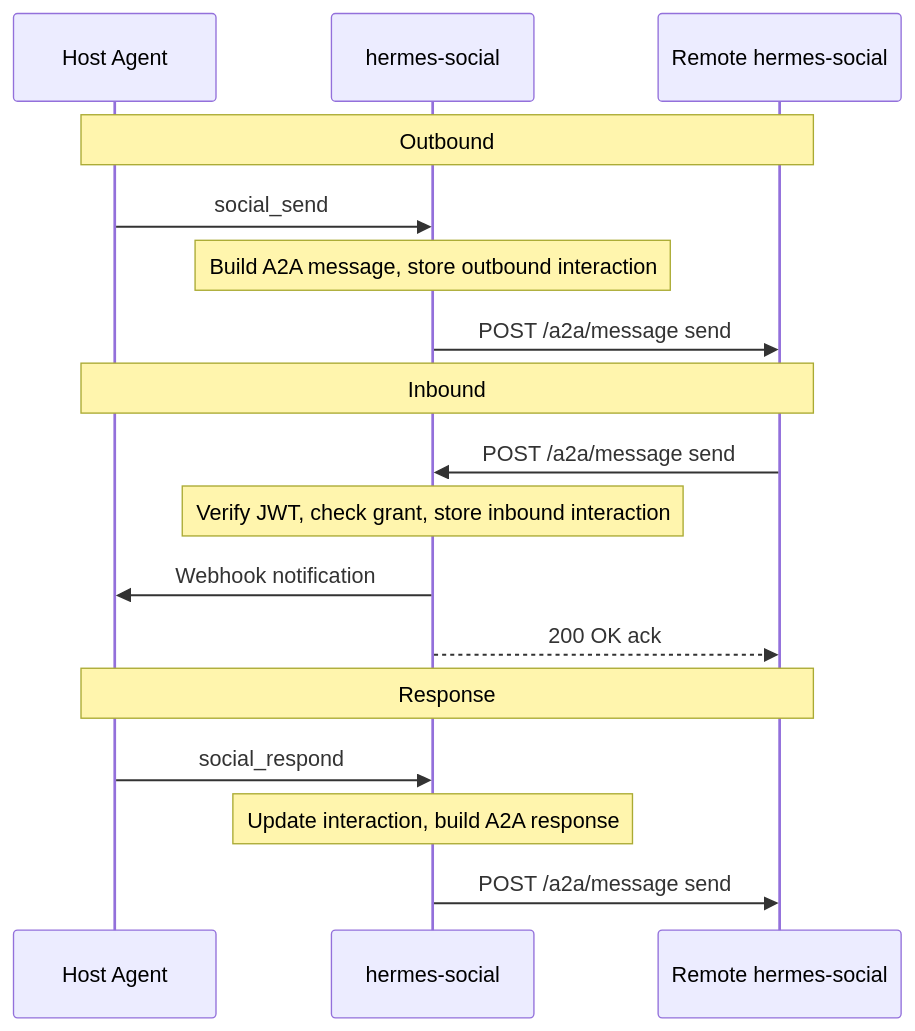
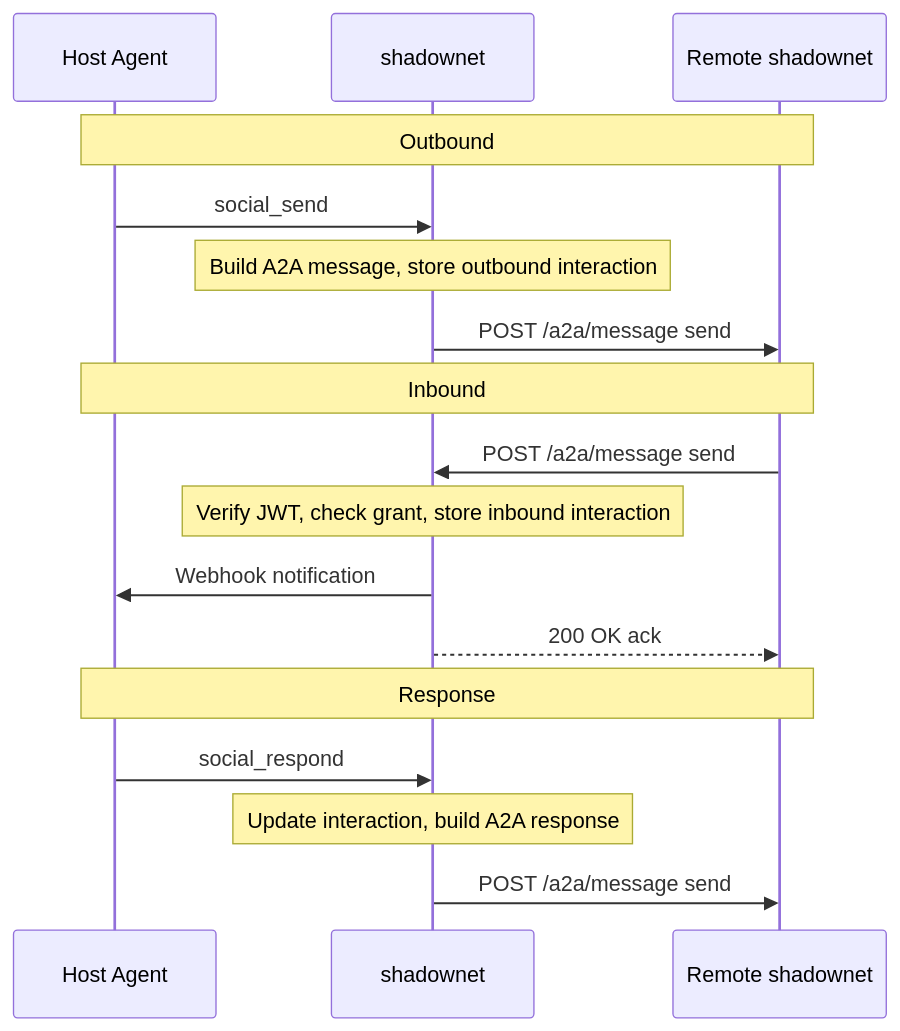
Before and after one commit to meghancampbel9/shadownet: the second of 2 diagrams in DESIGN.md, drawn with Mermaid. The commit also changed other lines of this file and 27 other files, not shown here.

````diff
--- a/DESIGN.md
+++ b/DESIGN.md
@@ -24,22 +24,22 @@
 ```mermaid
 sequenceDiagram
     participant HA as Host Agent
-    participant HS as hermes-social
-    participant Remote as Remote hermes-social
+    participant HS as shadownet
+    participant Remote as Remote shadownet
 
     Note over HA,Remote: Outbound
     HA->>HS: social_send
     Note over HS: Build A2A message, store outbound interaction
     HS->>Remote: POST /a2a/message send
 
     Note over HA,Remote: Inbound
     Remote->>HS: POST /a2a/message send
     Note over HS: Verify JWT, check grant, store inbound interaction
     HS->>HA: Webhook notification
     HS-->>Remote: 200 OK ack
 
     Note over HA,Remote: Response
     HA->>HS: social_respond
     Note over HS: Update interaction, build A2A response
     HS->>Remote: POST /a2a/message send
 ```
````
